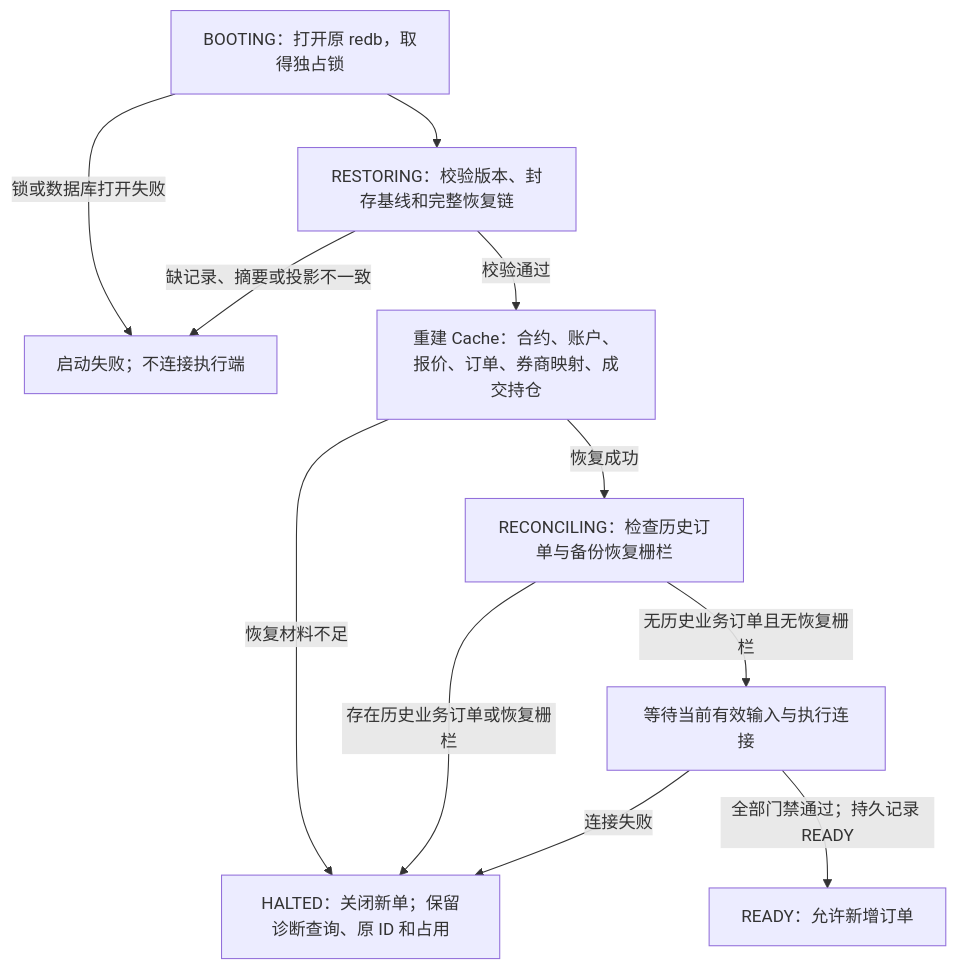
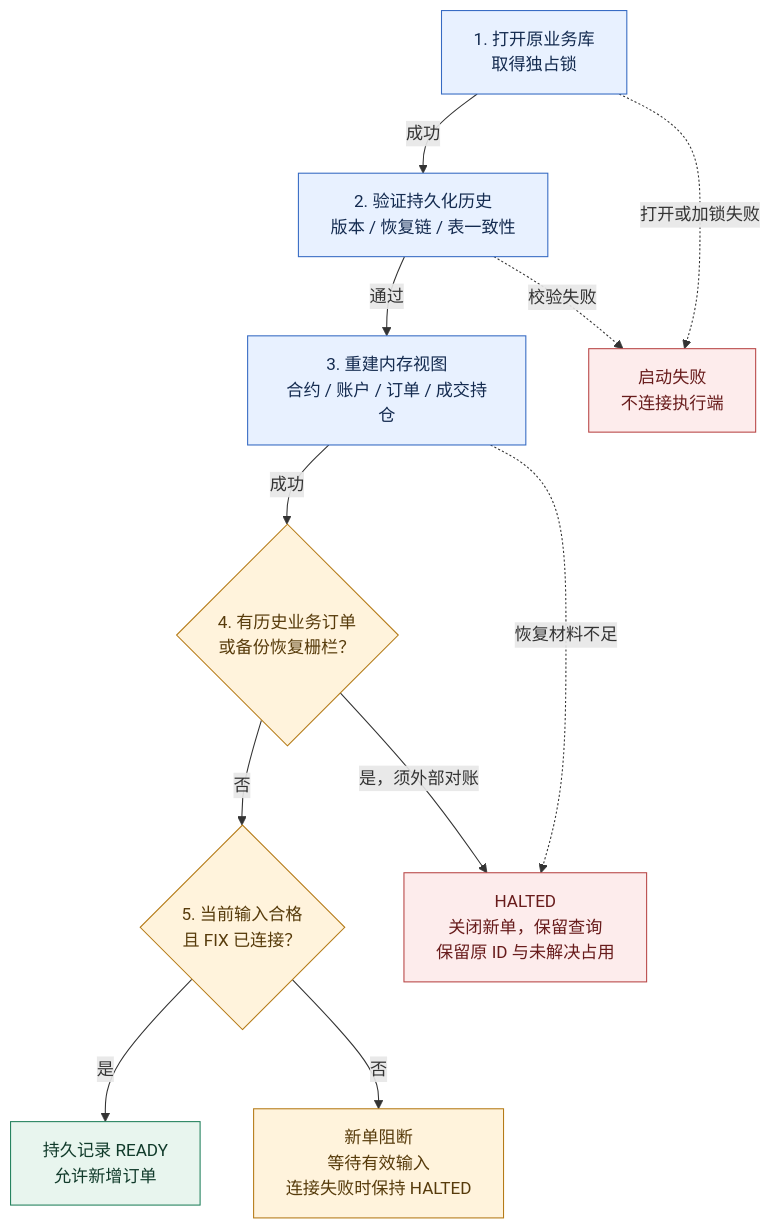
Before and after one commit to kmind-git/OrderHub: the third of 3 diagrams in README.md, drawn with Mermaid. The commit also changed other lines of this file, not shown here.

````diff
--- a/README.md
+++ b/README.md
@@ -126,13 +262,36 @@
 ```mermaid
 flowchart TB
-    Boot["BOOTING：打开原 redb，取得独占锁"] --> Verify["RESTORING：校验版本、封存基线和完整恢复链"]
-    Boot -->|"锁或数据库打开失败"| Fail["启动失败；不连接执行端"]
-    Verify -->|"缺记录、摘要或投影不一致"| Fail
-    Verify -->|"校验通过"| CacheRestore["重建 Cache：合约、账户、报价、订单、券商映射、成交持仓"]
-    CacheRestore -->|"恢复材料不足"| Halt["HALTED：关闭新单；保留诊断查询、原 ID 和占用"]
-    CacheRestore -->|"恢复成功"| Reconcile["RECONCILING：检查历史订单与备份恢复栅栏"]
-    Reconcile -->|"存在历史业务订单或恢复栅栏"| Halt
-    Reconcile -->|"无历史业务订单且无恢复栅栏"| Gates["等待当前有效输入与执行连接"]
-    Gates -->|"连接失败"| Halt
-    Gates -->|"全部门禁通过；持久记录 READY"| Ready["READY：允许新增订单"]
+    Open["1. 打开原业务库<br/>取得独占锁"]
+    Verify["2. 验证持久化历史<br/>版本 / 恢复链 / 表一致性"]
+    Restore["3. 重建内存视图<br/>合约 / 账户 / 订单 / 成交持仓"]
+    History{"4. 有历史业务订单<br/>或备份恢复栅栏？"}
+    Inputs{"5. 当前输入合格<br/>且 FIX 已连接？"}
+
+    Fail["启动失败<br/>不连接执行端"]
+    Halt["HALTED<br/>关闭新单，保留查询<br/>保留原 ID 与未解决占用"]
+    Blocked["新单阻断<br/>等待有效输入<br/>连接失败时保持 HALTED"]
+    Ready["持久记录 READY<br/>允许新增订单"]
+
+    Open -->|"成功"| Verify
+    Verify -->|"通过"| Restore
+    Restore -->|"成功"| History
+    History -->|"否"| Inputs
+    Inputs -->|"是"| Ready
+
+    Open -.->|"打开或加锁失败"| Fail
+    Verify -.->|"校验失败"| Fail
+    Restore -.->|"恢复材料不足"| Halt
+    History -->|"是，须外部对账"| Halt
+    Inputs -->|"否"| Blocked
+
+    classDef step fill:#e8f1ff,stroke:#356ac3,color:#142b50
+    classDef decision fill:#fff3dc,stroke:#b57b17,color:#573b0b
+    classDef stop fill:#fdecec,stroke:#b84646,color:#681c1c
+    classDef wait fill:#fff3dc,stroke:#b57b17,color:#573b0b
+    classDef ready fill:#e8f5ee,stroke:#23815d,color:#113b2b
+    class Open,Verify,Restore step
+    class History,Inputs decision
+    class Fail,Halt stop
+    class Blocked wait
+    class Ready ready
 ```
````
